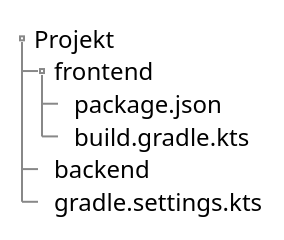
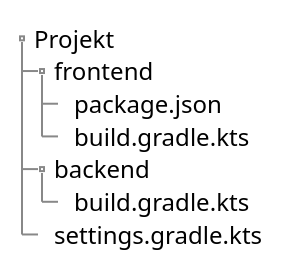
One commit to dxfrontiers/spring-boot-3-buch changed the diagram in 11_spa/backend/docs/directory_structure.puml. Above: the diagram before and after it, drawn with PlantUML.

Commit message:
Corrected directory layout

```diff
--- a/11_spa/backend/docs/directory_structure.puml
+++ b/11_spa/backend/docs/directory_structure.puml
@@ -1,12 +1,13 @@
 @startsalt
 {
 {T
  + Projekt
  ++ frontend
  +++ package.json
  +++ build.gradle.kts
  ++ backend
- ++ gradle.settings.kts
+ +++ build.gradle.kts
+ ++ settings.gradle.kts
 }
 }
 @endsalt
```
